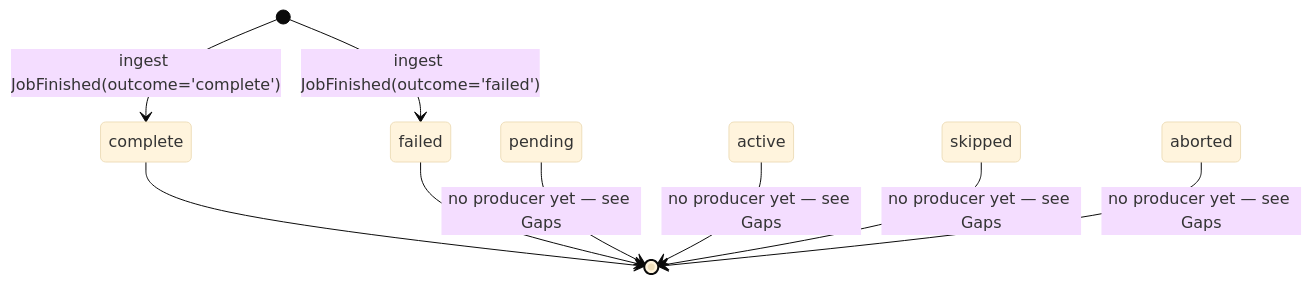
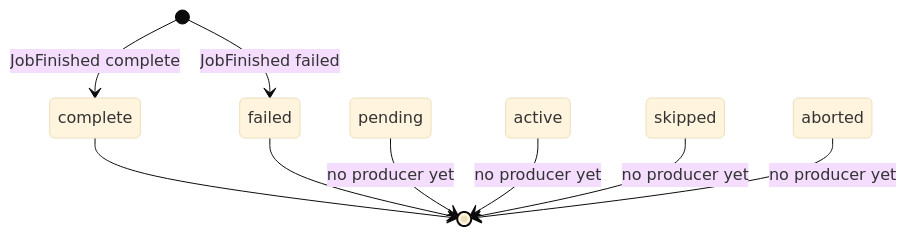
The second of 4 diagrams in docs/CI-STATE.md (kejadlen/quire), drawn with Mermaid (base theme) before and after one commit. The commit also changed other lines of this file, not shown here.

First line of the commit message:
Fix Mermaid stateDiagram parse errors in CI-STATE.md

````diff
--- a/docs/CI-STATE.md
+++ b/docs/CI-STATE.md
@@ -104,13 +104,13 @@
 ```mermaid
 stateDiagram-v2
-    [*] --> complete : ingest JobFinished(outcome='complete')
-    [*] --> failed   : ingest JobFinished(outcome='failed')
+    [*] --> complete : JobFinished complete
+    [*] --> failed   : JobFinished failed
 
     complete --> [*]
     failed   --> [*]
 
-    pending --> [*] : no producer yet — see Gaps
-    active  --> [*] : no producer yet — see Gaps
-    skipped --> [*] : no producer yet — see Gaps
-    aborted --> [*] : no producer yet — see Gaps
+    pending --> [*] : no producer yet
+    active  --> [*] : no producer yet
+    skipped --> [*] : no producer yet
+    aborted --> [*] : no producer yet
 ```
````
